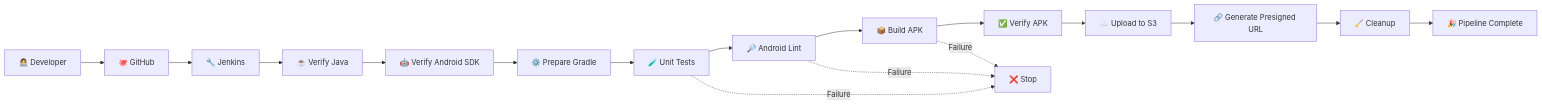
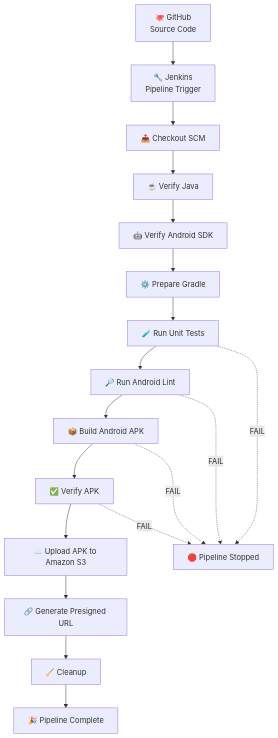
One commit to EVIDA-Project/EVIDA changed the fourth of 4 diagrams in README.md. Above: the diagram before and after it, drawn with Mermaid. The commit also changed other lines of this file, not shown here.

````diff
--- a/README.md
+++ b/README.md
@@ -333,19 +371,36 @@
-``` mermaid
-flowchart LR
- DEV["👩‍💻 Developer"] --> GH["🐙 GitHub"]
- GH --> J["🔧 Jenkins"]
- J --> JAVA["☕ Verify Java"]
- JAVA --> SDK["🤖 Verify Android SDK"]
- SDK --> GRADLE["⚙️ Prepare Gradle"]
- GRADLE --> TEST["🧪 Unit Tests"]
- TEST --> LINT["🔎 Android Lint"]
- LINT --> BUILD["📦 Build APK"]
- BUILD --> VERIFY["✅ Verify APK"]
- VERIFY --> S3["☁️ Upload to S3"]
- S3 --> URL["🔗 Generate Presigned URL"]
- URL --> CLEAN["🧹 Cleanup"]
- CLEAN --> SUCCESS["🎉 Pipeline Complete"]
- TEST -. "Failure" .-> FAIL["❌ Stop"]
- LINT -. "Failure" .-> FAIL
- BUILD -. "Failure" .-> FAIL
+```mermaid
+flowchart TD
+    A["🐙 GitHub<br/>Source Code"]
+    B["🔧 Jenkins<br/>Pipeline Trigger"]
+    C["📥 Checkout SCM"]
+    D["☕ Verify Java"]
+    E["🤖 Verify Android SDK"]
+    F["⚙️ Prepare Gradle"]
+    G["🧪 Run Unit Tests"]
+    H["🔎 Run Android Lint"]
+    I["📦 Build Android APK"]
+    J["✅ Verify APK"]
+    K["☁️ Upload APK to Amazon S3"]
+    L["🔗 Generate Presigned URL"]
+    M["🧹 Cleanup"]
+    N["🎉 Pipeline Complete"]
+
+    A --> B
+    B --> C
+    C --> D
+    D --> E
+    E --> F
+    F --> G
+    G --> H
+    H --> I
+    I --> J
+    J --> K
+    K --> L
+    L --> M
+    M --> N
+
+    G -. "FAIL" .-> X["🛑 Pipeline Stopped"]
+    H -. "FAIL" .-> X
+    I -. "FAIL" .-> X
+    J -. "FAIL" .-> X
 ```
````
